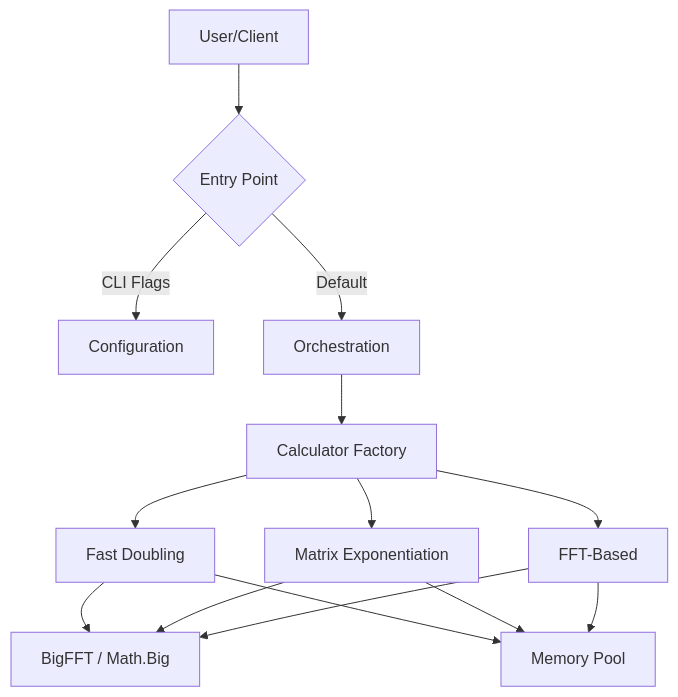
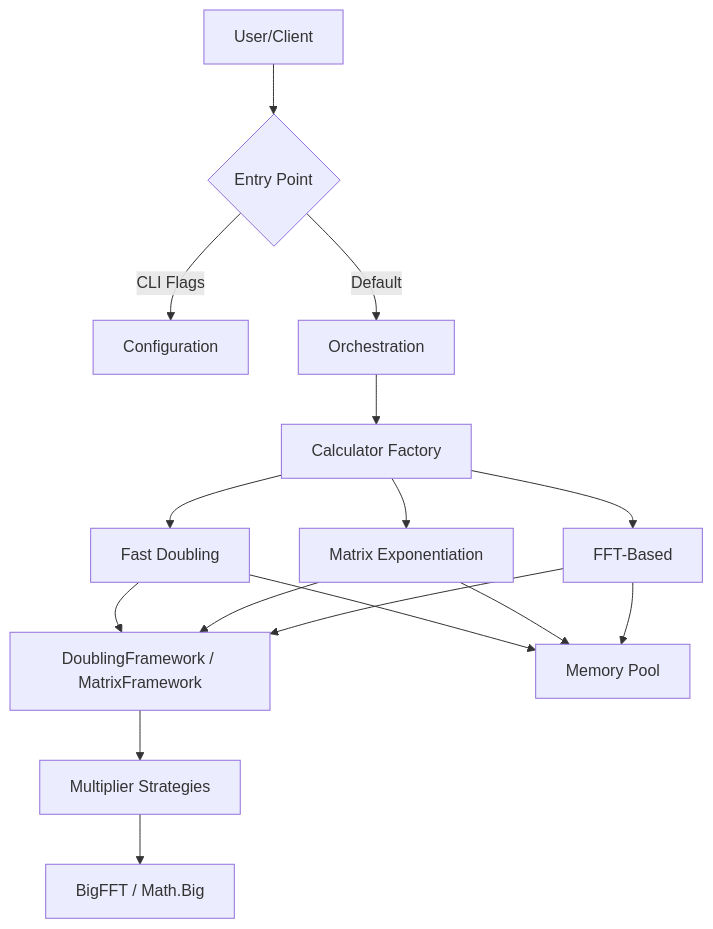
Before and after one commit to agbruneau/FibGoIng: the diagram in README.md, drawn with Mermaid. The commit also changed other lines of this file and 10 other files, not shown here.

````diff
--- a/README.md
+++ b/README.md
@@ -142,14 +145,16 @@
 ```mermaid
 graph TD
     User[User/Client] --> Entry{Entry Point}
     Entry -->|CLI Flags| Config[Configuration]
     Entry -->|Default| Runner[Orchestration]
 
     Runner --> AlgoFactory[Calculator Factory]
     AlgoFactory --> Fast[Fast Doubling]
     AlgoFactory --> Matrix[Matrix Exponentiation]
     AlgoFactory --> FFT[FFT-Based]
 
-    Fast & Matrix & FFT --> BigFFT[BigFFT / Math.Big]
+    Fast & Matrix & FFT --> Frameworks[DoublingFramework / MatrixFramework]
+    Frameworks --> Strategies[Multiplier Strategies]
+    Strategies --> BigFFT[BigFFT / Math.Big]
     Fast & Matrix & FFT --> Pool[Memory Pool]
 ```
````
